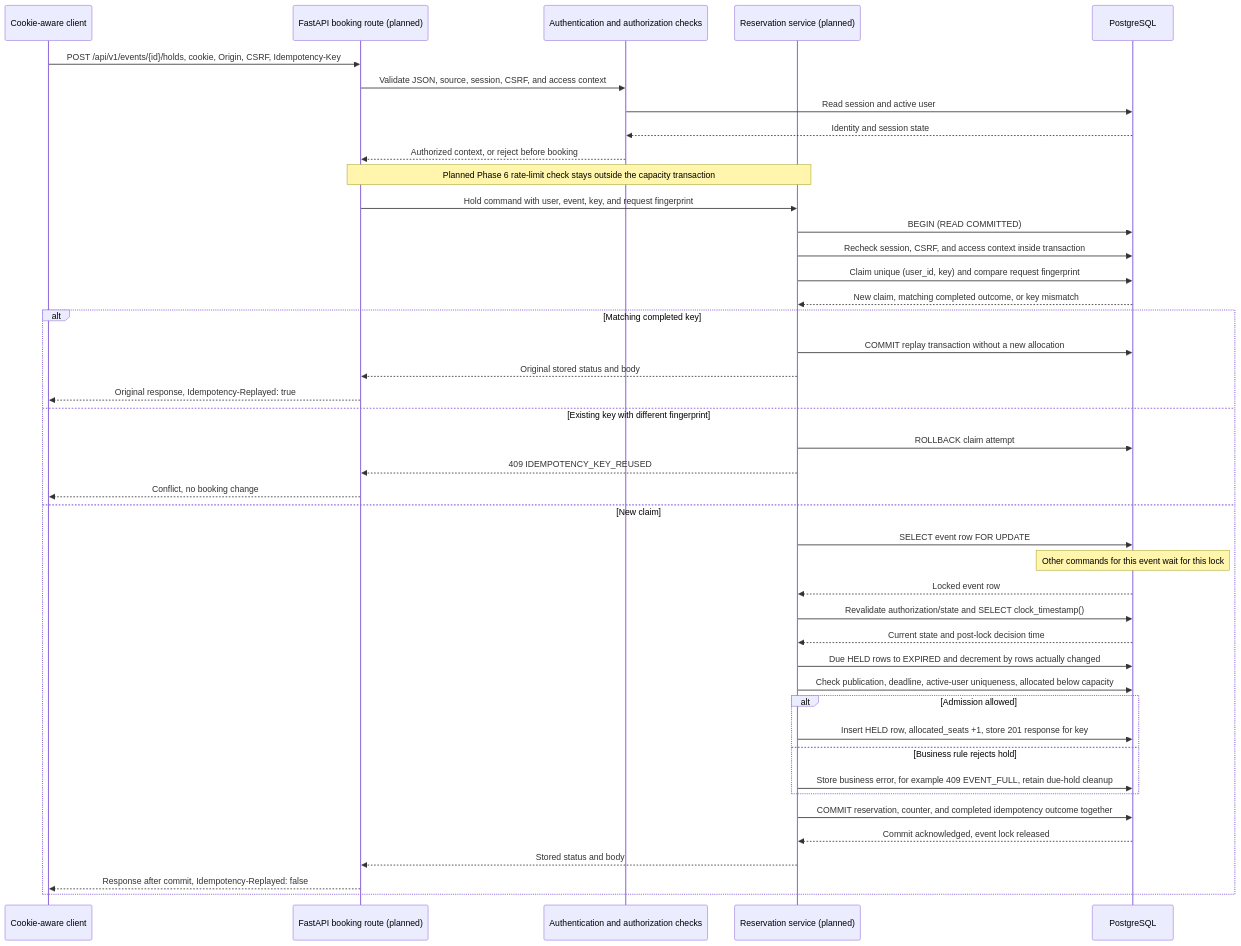
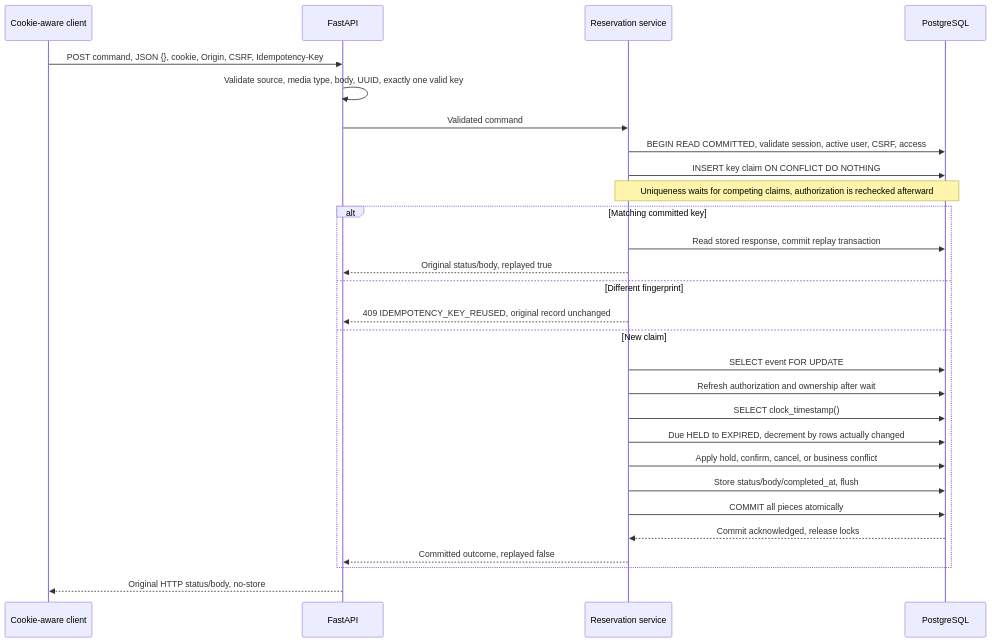
Before and after one commit to ShreyasKowshal/Concurrency-Safe-Reservation-System: the third of 3 diagrams in docs/architecture.md, drawn with Mermaid. The commit also changed other lines of this file and 31 other files, not shown here.

````diff
--- a/docs/architecture.md
+++ b/docs/architecture.md
@@ -274,47 +168,30 @@
 ```mermaid
 sequenceDiagram
     participant Client as Cookie-aware client
-    participant Api as FastAPI booking route (planned)
-    participant Auth as Authentication and authorization checks
-    participant Service as Reservation service (planned)
+    participant Api as FastAPI
+    participant Service as Reservation service
     participant Db as PostgreSQL
-
-    Client->>Api: POST /api/v1/events/{id}/holds, cookie, Origin, CSRF, Idempotency-Key
-    Api->>Auth: Validate JSON, source, session, CSRF, and access context
-    Auth->>Db: Read session and active user
-    Db-->>Auth: Identity and session state
-    Auth-->>Api: Authorized context, or reject before booking
-    Note over Api,Service: Planned Phase 6 rate-limit check stays outside the capacity transaction
-    Api->>Service: Hold command with user, event, key, and request fingerprint
-    Service->>Db: BEGIN (READ COMMITTED)
-    Service->>Db: Recheck session, CSRF, and access context inside transaction
-    Service->>Db: Claim unique (user_id, key) and compare request fingerprint
-    Db-->>Service: New claim, matching completed outcome, or key mismatch
-
-    alt Matching completed key
-        Service->>Db: COMMIT replay transaction without a new allocation
-        Service-->>Api: Original stored status and body
-        Api-->>Client: Original response, Idempotency-Replayed: true
-    else Existing key with different fingerprint
-        Service->>Db: ROLLBACK claim attempt
-        Service-->>Api: 409 IDEMPOTENCY_KEY_REUSED
-        Api-->>Client: Conflict, no booking change
+    Client->>Api: POST command, JSON {}, cookie, Origin, CSRF, Idempotency-Key
+    Api->>Api: Validate source, media type, body, UUID, exactly one valid key
+    Api->>Service: Validated command
+    Service->>Db: BEGIN READ COMMITTED, validate session, active user, CSRF, access
+    Service->>Db: INSERT key claim ON CONFLICT DO NOTHING
+    Note over Service,Db: Uniqueness waits for competing claims, authorization is rechecked afterward
+    alt Matching committed key
+        Service->>Db: Read stored response, commit replay transaction
+        Service-->>Api: Original status/body, replayed true
+    else Different fingerprint
+        Service-->>Api: 409 IDEMPOTENCY_KEY_REUSED, original record unchanged
     else New claim
-        Service->>Db: SELECT event row FOR UPDATE
-        Note over Db: Other commands for this event wait for this lock
-        Db-->>Service: Locked event row
-        Service->>Db: Revalidate authorization/state and SELECT clock_timestamp()
-        Db-->>Service: Current state and post-lock decision time
-        Service->>Db: Due HELD rows to EXPIRED and decrement by rows actually changed
-        Service->>Db: Check publication, deadline, active-user uniqueness, allocated below capacity
-        alt Admission allowed
-            Service->>Db: Insert HELD row, allocated_seats +1, store 201 response for key
-        else Business rule rejects hold
-            Service->>Db: Store business error, for example 409 EVENT_FULL, retain due-hold cleanup
-        end
-        Service->>Db: COMMIT reservation, counter, and completed idempotency outcome together
-        Db-->>Service: Commit acknowledged, event lock released
-        Service-->>Api: Stored status and body
-        Api-->>Client: Response after commit, Idempotency-Replayed: false
+        Service->>Db: SELECT event FOR UPDATE
+        Service->>Db: Refresh authorization and ownership after wait
+        Service->>Db: SELECT clock_timestamp()
+        Service->>Db: Due HELD to EXPIRED, decrement by rows actually changed
+        Service->>Db: Apply hold, confirm, cancel, or business conflict
+        Service->>Db: Store status/body/completed_at, flush
+        Service->>Db: COMMIT all pieces atomically
+        Db-->>Service: Commit acknowledged, release locks
+        Service-->>Api: Committed outcome, replayed false
     end
+    Api-->>Client: Original HTTP status/body, no-store
 ```
````
